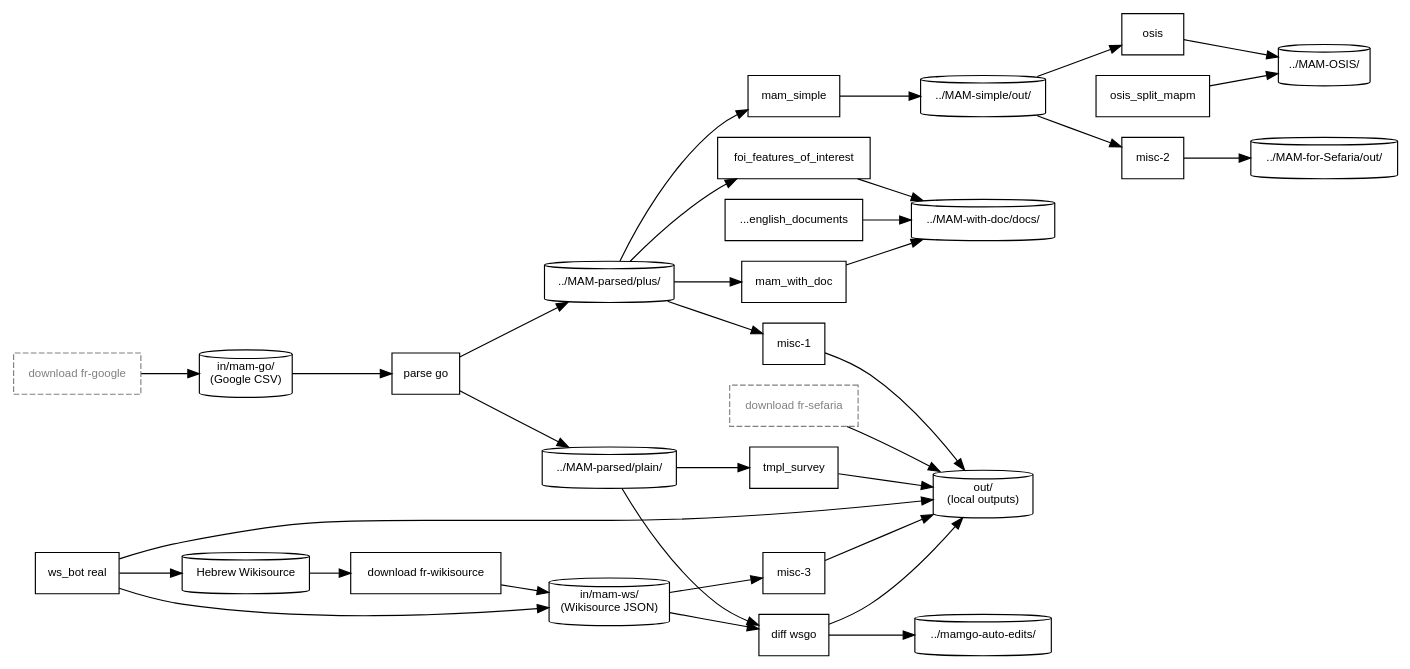
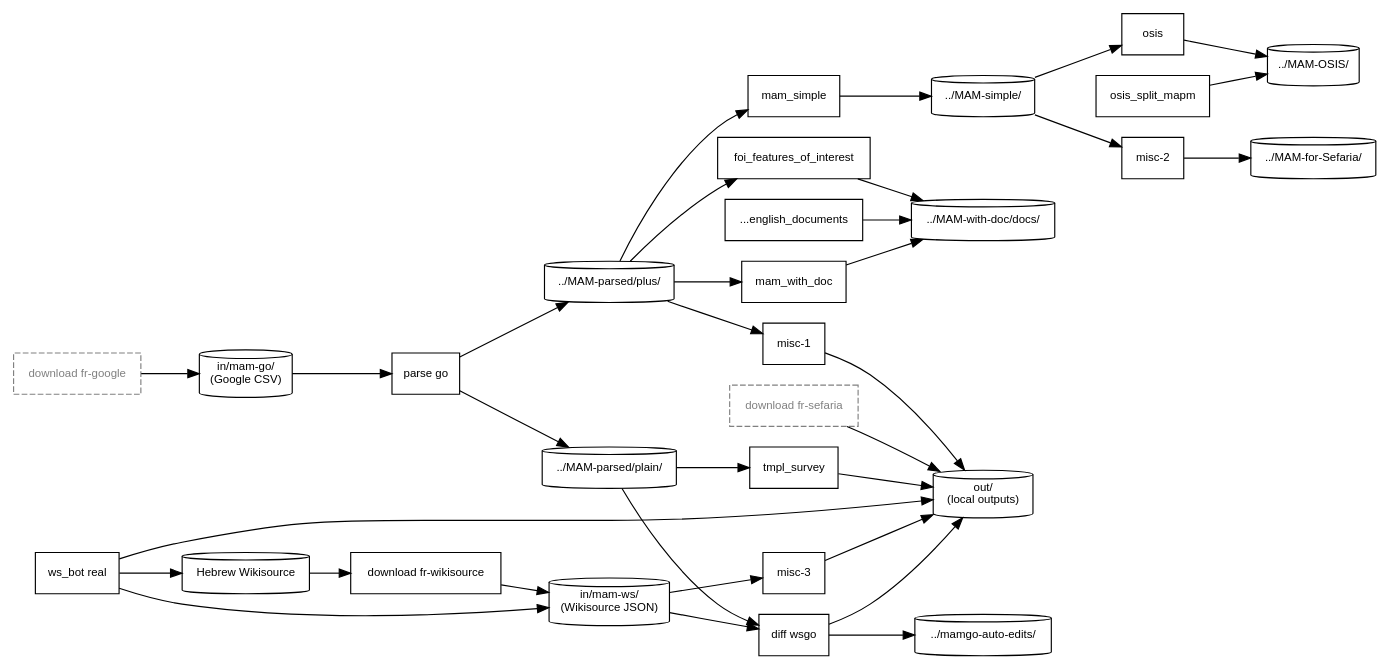
The diagram in doc/process-documentation/pipeline.dot (bdenckla/MAM-basics), drawn with Graphviz before and after one commit. The commit also changed 3 other files, not shown here.

First line of the commit message:
Move csv/csv-ajf to MAM-for-Sefaria root; rename out→misc

```diff
--- a/doc/process-documentation/pipeline.dot
+++ b/doc/process-documentation/pipeline.dot
@@ -1,92 +1,92 @@
 digraph mam_pipeline {
     // Generated by py/main_pipeline_graph.py from structured pipeline data.
     // Do not edit this file by hand; edit py/pipeline_graph/pipeline_graph_spec.py instead.
     rankdir=LR;
     node [fontname="Helvetica", fontsize=10];
     edge [fontname="Helvetica", fontsize=9];
 
     // ── Data stores ──
     node [shape=cylinder];
     ds_go_csv        [label="in/mam-go/\n(Google CSV)"];
     ds_parsed_plus   [label="../MAM-parsed/plus/"];
     ds_parsed_plain  [label="../MAM-parsed/plain/"];
     ds_ws            [label="in/mam-ws/\n(Wikisource JSON)"];
     src_ws_live      [label="Hebrew Wikisource"];
-    ds_simple        [label="../MAM-simple/out/"];
+    ds_simple        [label="../MAM-simple/"];
     ds_with_doc      [label="../MAM-with-doc/docs/"];
-    ds_sefaria       [label="../MAM-for-Sefaria/out/"];
+    ds_sefaria       [label="../MAM-for-Sefaria/"];
     ds_osis          [label="../MAM-OSIS/"];
     ds_out           [label="out/\n(local outputs)"];
     ds_mamgo_auto    [label="../mamgo-auto-edits/"];
 
     // ── External prerequisites (not part of _STEPS) ──
     node [shape=box, style=dashed, color=gray, fontcolor=gray];
     download_go      [label="download fr-google"];
     download_sef     [label="download fr-sefaria"];
     download_ws      [label="download fr-wikisource", style="", color="", fontcolor=""];
 
     // ── Pipeline steps ──
     node [shape=box, style="", color="", fontcolor=""];
     parse_go         [label="parse go"];
     foi              [label="foi_features_of_interest"];
     mam_with_doc     [label="mam_with_doc"];
     tmpl_survey      [label="tmpl_survey"];
     mam_simple       [label="mam_simple"];
     misc_2           [label="misc-2"];
     osis             [label="osis"];
     misc_1           [label="misc-1", tooltip="decnreub\nmultimark\nwordlist\nexplicit_xataf\ndiff ctr-vs-mam"];
     diff_wsgo        [label="diff wsgo"];
     misc_3           [label="misc-3", tooltip="parse ws\nws_bot proto"];
     ws_bot           [label="ws_bot real"];
     gen_docs         [label="...english_documents"];
     osis_split       [label="osis_split_mapm"];
 
     // ── Edges ──
 
     // Google pipeline
     download_go     -> ds_go_csv;
     ds_go_csv       -> parse_go;
     parse_go        -> ds_parsed_plus;
     parse_go        -> ds_parsed_plain;
 
     // MAM-parsed consumers
     ds_parsed_plus  -> foi;
     ds_parsed_plus  -> mam_with_doc;
     ds_parsed_plus  -> mam_simple;
     ds_parsed_plus  -> misc_1;
     ds_parsed_plain -> tmpl_survey;
     ds_parsed_plain -> diff_wsgo;
 
     // MAM-with-doc outputs
     foi             -> ds_with_doc;
     mam_with_doc    -> ds_with_doc;
     gen_docs        -> ds_with_doc;
 
     // MAM-simple pipeline
     mam_simple      -> ds_simple;
     ds_simple       -> misc_2;
     ds_simple       -> osis;
     misc_2          -> ds_sefaria;
     osis            -> ds_osis;
     osis_split      -> ds_osis;
 
     // Local out/ outputs
     tmpl_survey     -> ds_out;
     misc_1          -> ds_out;
     diff_wsgo       -> ds_out;
     diff_wsgo       -> ds_mamgo_auto;
     misc_3          -> ds_out;
 
     // Wikisource pipeline
     src_ws_live     -> download_ws;
     download_ws     -> ds_ws;
     ds_ws           -> diff_wsgo;
     ds_ws           -> misc_3;
     ws_bot          -> src_ws_live;
     ws_bot          -> ds_ws;
     ws_bot          -> ds_out [tooltip="via automatic post-download reparse"];
 
     // Sefaria download (standalone)
     download_sef    -> ds_out;
 
 }
```
